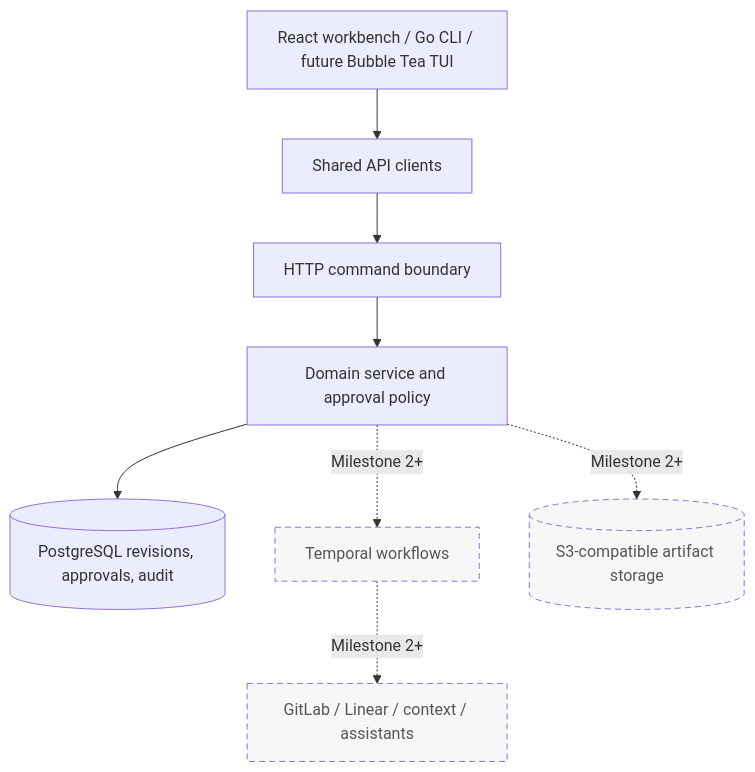
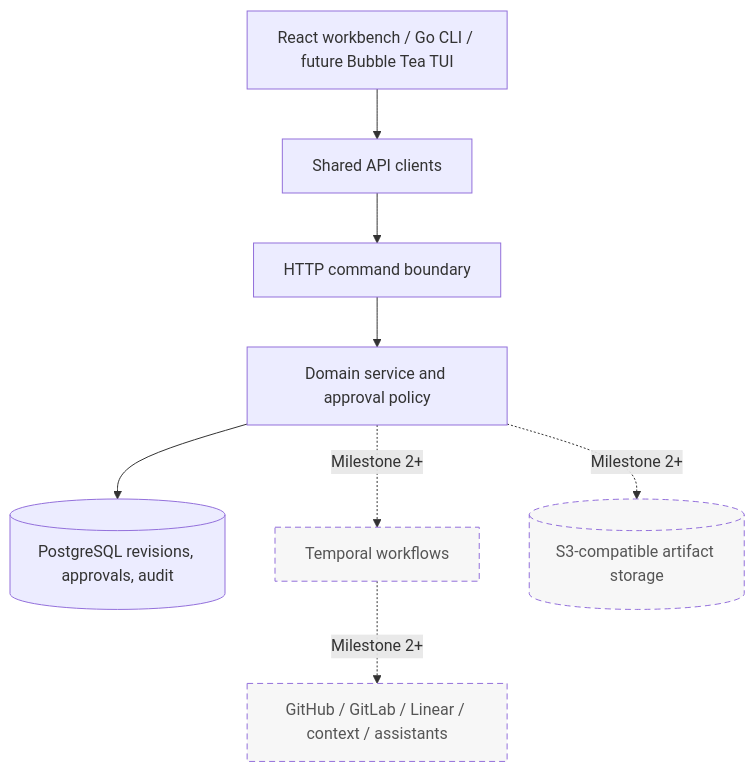
Before and after one commit to phenixrizen/conductor: the second of 4 diagrams in docs/architecture/system.md, drawn with Mermaid. The commit also changed other lines of this file and 9 other files, not shown here.

Commit message:
docs: require GitHub and GitLab managed repository support

````diff
--- a/docs/architecture/system.md
+++ b/docs/architecture/system.md
@@ -69,19 +75,19 @@
 ```mermaid
 flowchart TB
     UI[React workbench / Go CLI / future Bubble Tea TUI]
     Client[Shared API clients]
     HTTP[HTTP command boundary]
     Domain[Domain service and approval policy]
     Store[(PostgreSQL revisions, approvals, audit)]
     Temporal[Temporal workflows]
     Artifacts[(S3-compatible artifact storage)]
-    Integrations[GitLab / Linear / context / assistants]
+    Integrations[GitHub / GitLab / Linear / context / assistants]
 
     UI --> Client --> HTTP --> Domain --> Store
     Domain -. Milestone 2+ .-> Temporal
     Domain -. Milestone 2+ .-> Artifacts
     Temporal -. Milestone 2+ .-> Integrations
 
     classDef planned stroke-dasharray: 6 4,fill:#f7f7f7,color:#555;
     class Temporal,Artifacts,Integrations planned;
 ```
````
